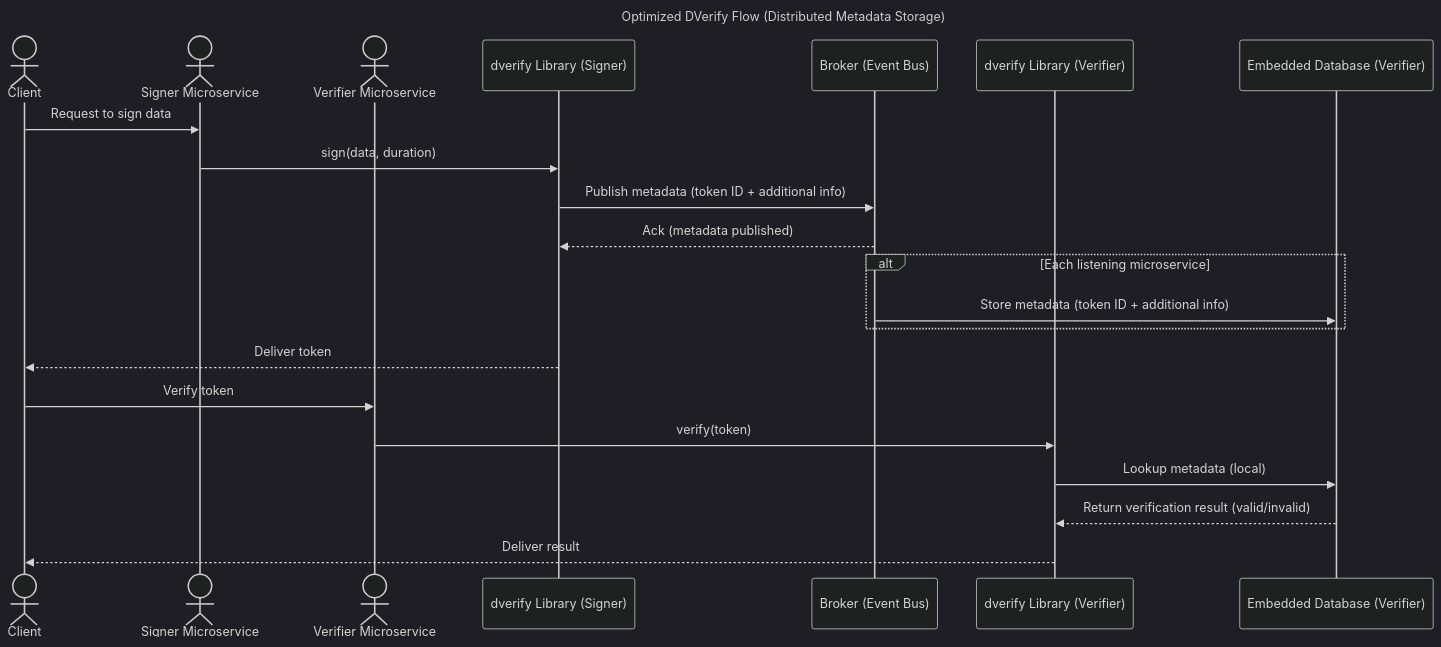
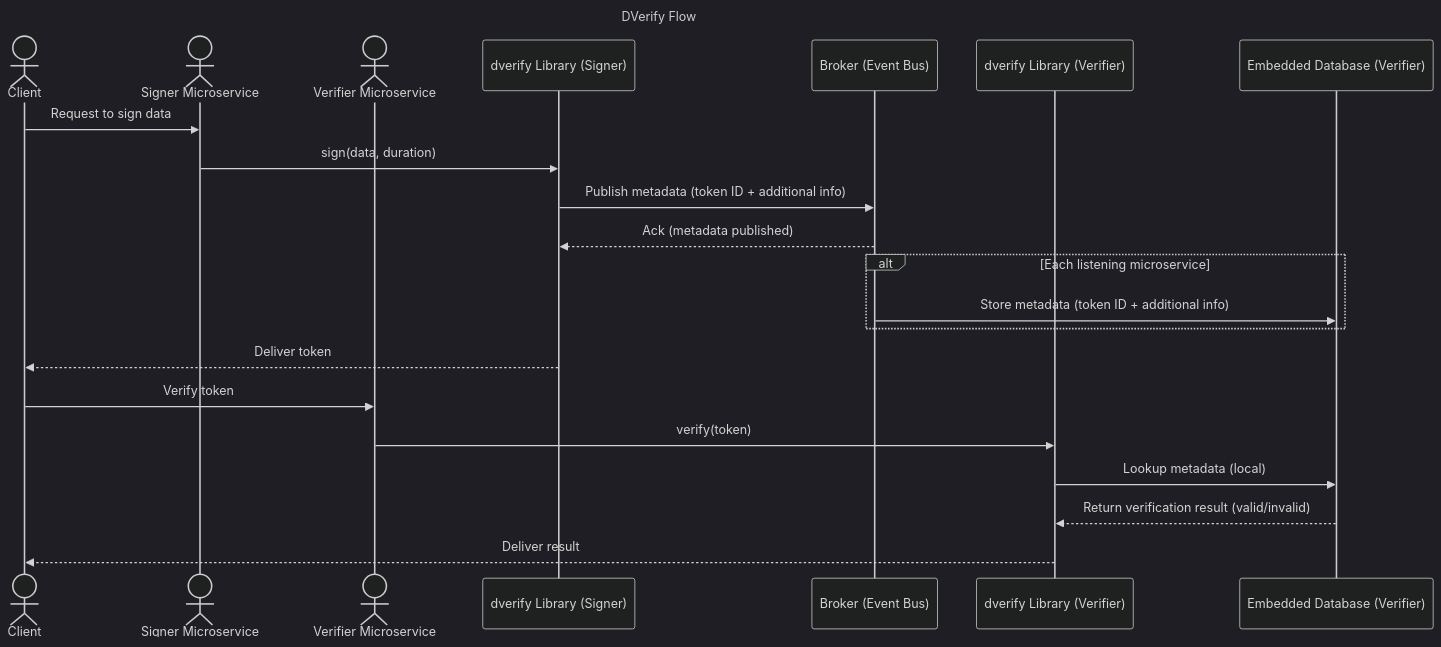
The diagram in README.md (darlinho/dverify), drawn with Mermaid (dark theme) before and after one commit.

````diff
--- a/README.md
+++ b/README.md
@@ -51,30 +51,30 @@
 ```mermaid
 sequenceDiagram
-    title Optimized DVerify Flow (Distributed Metadata Storage)
+    title DVerify Flow
 
     actor Client
     actor Signer as Signer Microservice
     actor Verifier as Verifier Microservice
     
     participant DvSigner as dverify Library (Signer)
     participant Broker as Broker (Event Bus)
     participant DvVerifier as dverify Library (Verifier)
     participant DB_Verifier as Embedded Database (Verifier)
 
     %% Signing Phase
     Client->>Signer: Request to sign data
     Signer->>DvSigner: sign(data, duration)
     DvSigner->>Broker: Publish metadata (token ID + additional info)
     Broker-->>DvSigner: Ack (metadata published)
     alt Each listening microservice
         Broker->>DB_Verifier: Store metadata (token ID + additional info)
     end
     DvSigner-->>Client: Deliver token
 
     %% Verification Phase
     Client->>Verifier: Verify token
     Verifier->>DvVerifier: verify(token)
     DvVerifier->>DB_Verifier: Lookup metadata (local)
     DB_Verifier-->>DvVerifier: Return verification result (valid/invalid)
     DvVerifier-->>Client: Deliver result
 ```
````
